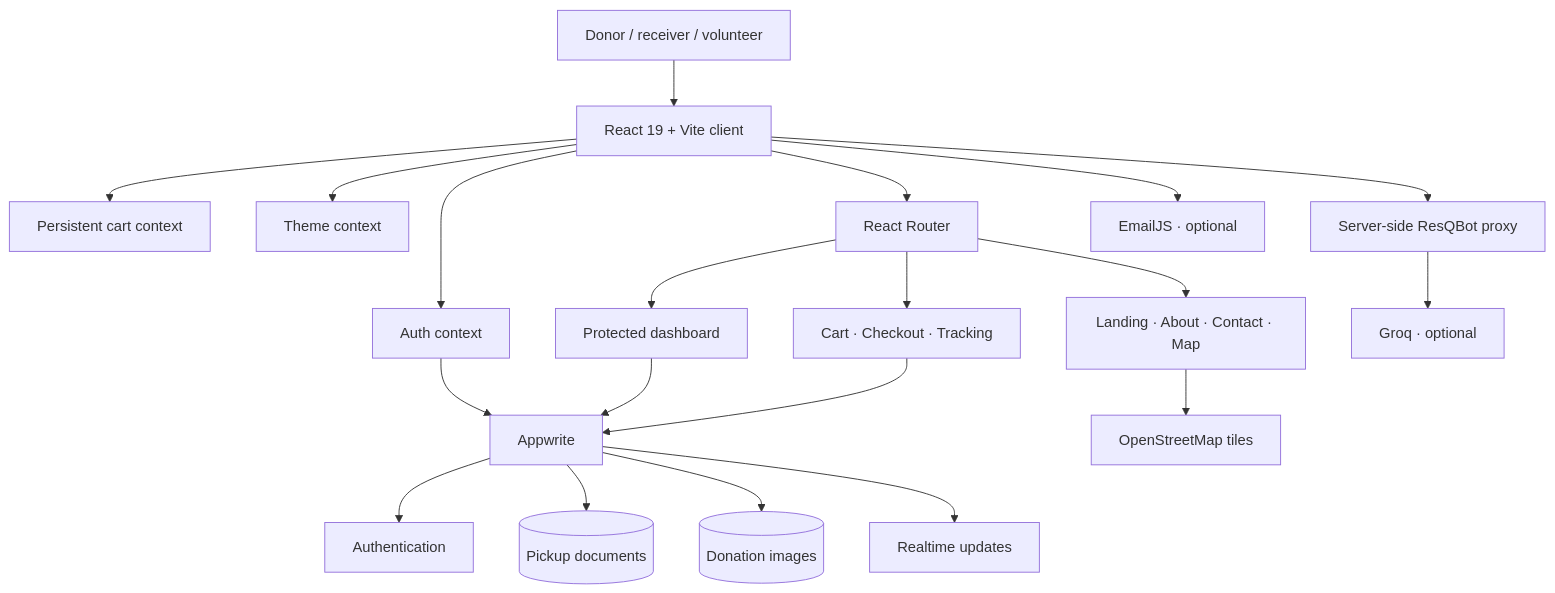
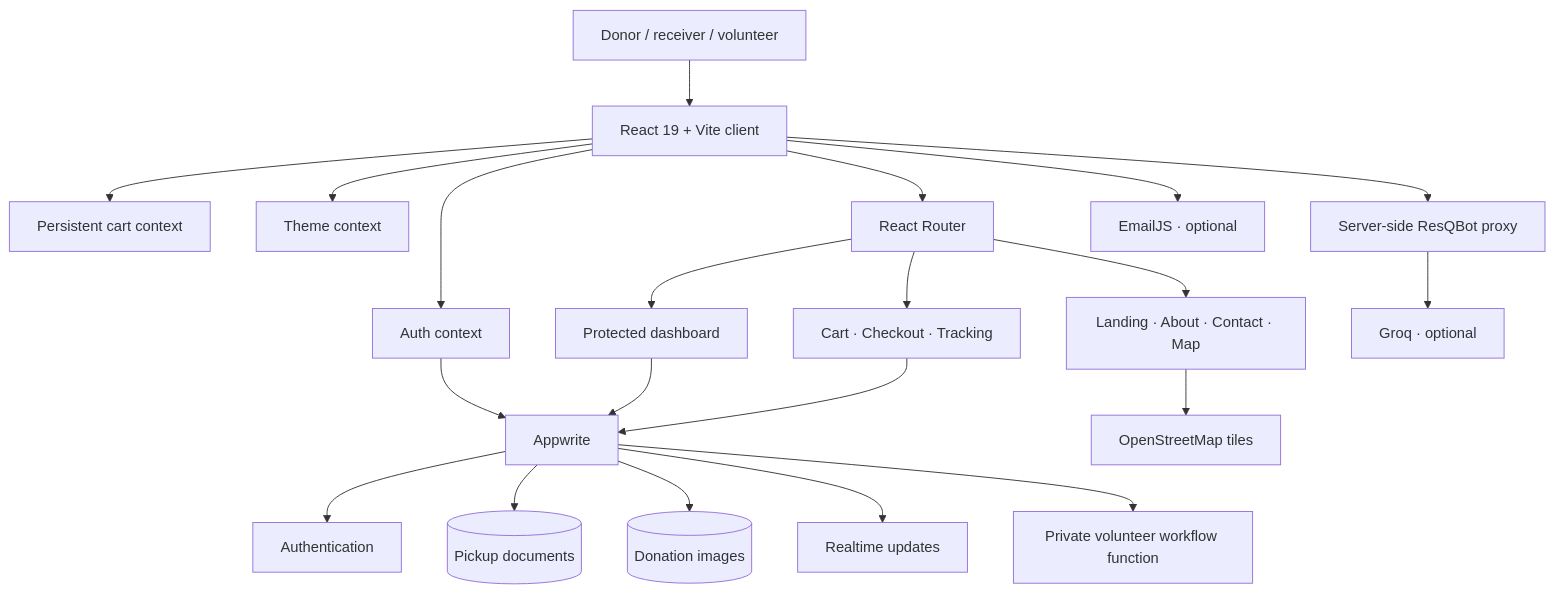
The third of 3 diagrams in README.md (salonyranjan/ResQpla8), drawn with Mermaid before and after one commit. The commit also changed other lines of this file and 35 other files, not shown here.

````diff
--- a/README.md
+++ b/README.md
@@ -118,22 +190,23 @@
 ```mermaid
 flowchart TD
   U["Donor / receiver / volunteer"] --> UI["React 19 + Vite client"]
   UI --> AUTH["Auth context"]
   UI --> CART["Persistent cart context"]
   UI --> THEME["Theme context"]
   UI --> ROUTER["React Router"]
   ROUTER --> PUBLIC["Landing · About · Contact · Map"]
   ROUTER --> DASH["Protected dashboard"]
   ROUTER --> FLOW["Cart · Checkout · Tracking"]
   AUTH --> AW["Appwrite"]
   DASH --> AW
   FLOW --> AW
   AW --> ACCOUNT["Authentication"]
   AW --> DB[("Pickup documents")]
   AW --> STORAGE[("Donation images")]
   AW --> REALTIME["Realtime updates"]
+  AW --> WORKFLOW["Private volunteer workflow function"]
   UI --> PROXY["Server-side ResQBot proxy"]
   PROXY --> GROQ["Groq · optional"]
   UI --> EMAIL["EmailJS · optional"]
   PUBLIC --> OSM["OpenStreetMap tiles"]
 ```
````
